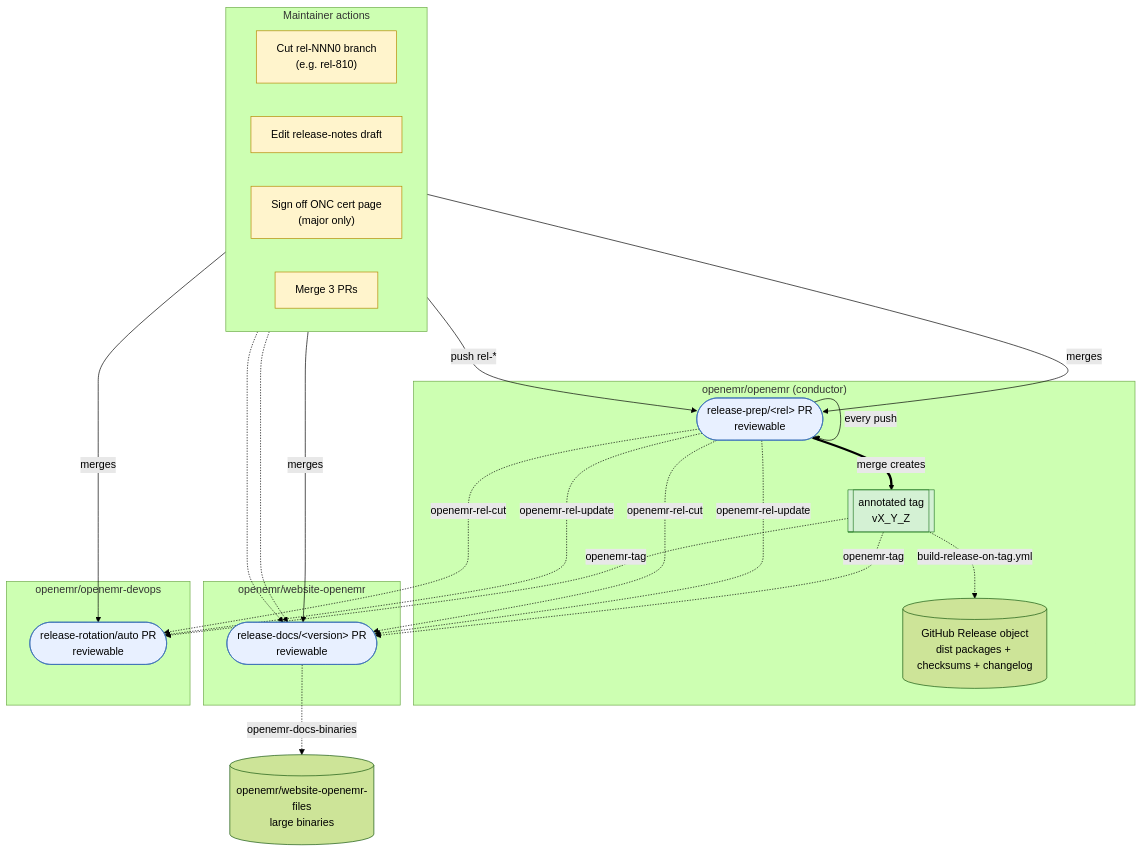
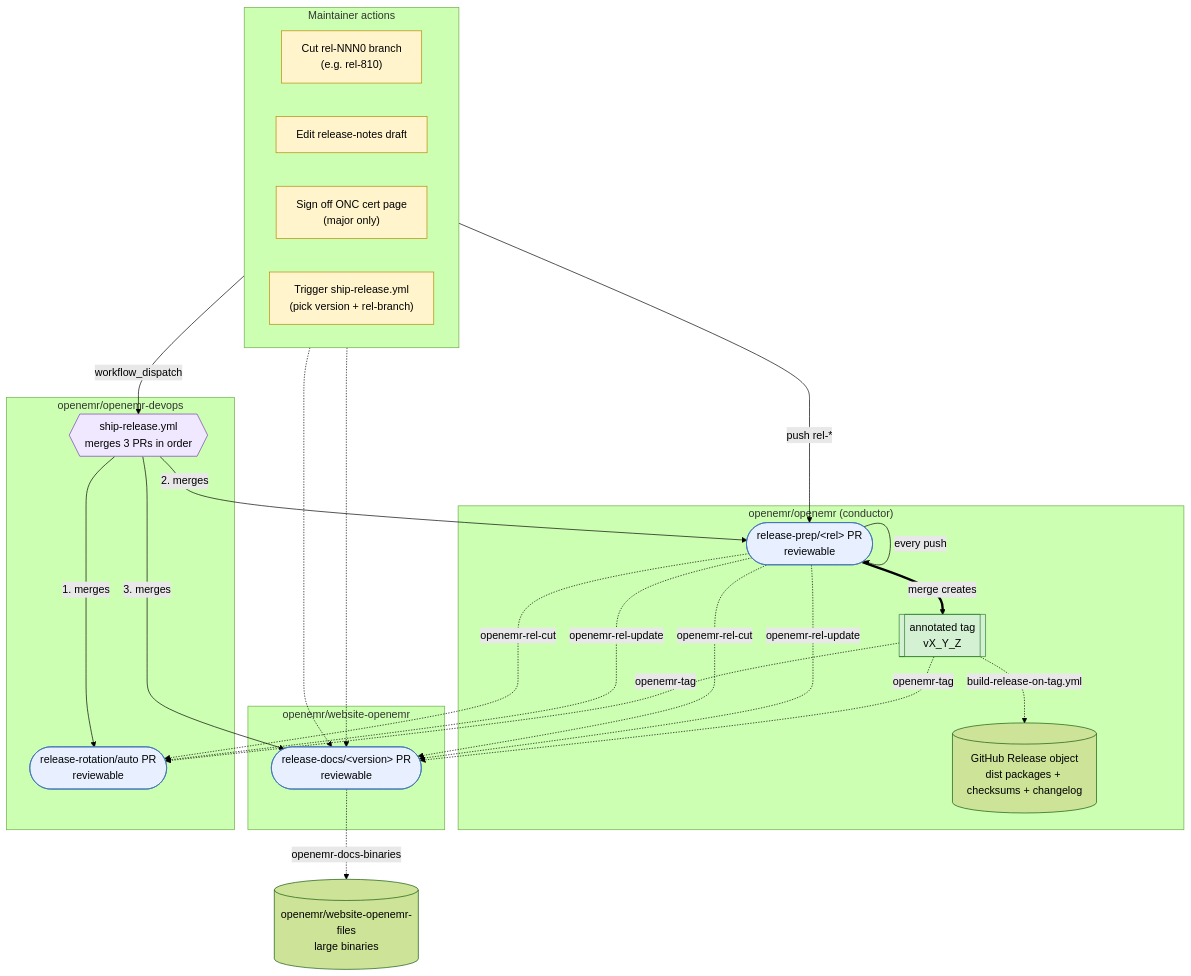
Before and after one commit to openemr/openemr: the diagram in docs/RELEASE_PROCESS.md, drawn with Mermaid (forest theme). The commit also changed other lines of this file, not shown here.

Commit message:
docs(release): drive PR merges from ship-release.yml in diagram
The diagram attributed the three-PR merge to a manual "Merge 3 PRs"
maintainer node, contradicting the body (steps 9, 172, 225): the merges
are performed by ship-release.yml in openemr-devops, which an operator
triggers via workflow_dispatch and which merges in order (infra →
conductor → docs) with mergeability gates. Replace the manual merge node
with an operator trigger feeding a ship-release.yml workflow node.

````diff
--- a/docs/RELEASE_PROCESS.md
+++ b/docs/RELEASE_PROCESS.md
@@ -20,52 +20,56 @@
 ```mermaid
 flowchart TB
     subgraph manual["Maintainer actions"]
         direction LR
         cut["Cut rel-NNN0 branch<br/>(e.g. rel-810)"]
         edit["Edit release-notes draft"]
         sign["Sign off ONC cert page<br/>(major only)"]
-        merge["Merge 3 PRs"]
+        trigger["Trigger ship-release.yml<br/>(pick version + rel-branch)"]
     end
 
     subgraph oe["openemr/openemr (conductor)"]
         prepPR(["release-prep/&lt;rel&gt; PR<br/>reviewable"])
         tag[["annotated tag<br/>vX_Y_Z"]]
         rel[("GitHub Release object<br/>dist packages + checksums + changelog")]
     end
 
     subgraph wo["openemr/website-openemr"]
         docsPR(["release-docs/&lt;version&gt; PR<br/>reviewable"])
     end
 
     wof[("openemr/website-openemr-files<br/>large binaries")]
 
     subgraph od["openemr/openemr-devops"]
+        ship{{"ship-release.yml<br/>merges 3 PRs in order"}}
         infraPR(["release-rotation/auto PR<br/>reviewable"])
     end
 
     cut -->|push rel-*| prepPR
     prepPR -->|every push| prepPR
     edit -.-> docsPR
     sign -.-> docsPR
-    merge -->|merges| prepPR
-    merge -->|merges| docsPR
-    merge -->|merges| infraPR
+    trigger -->|workflow_dispatch| ship
+    ship -->|1. merges| infraPR
+    ship -->|2. merges| prepPR
+    ship -->|3. merges| docsPR
 
     prepPR ==>|merge creates| tag
     tag -. "build-release-on-tag.yml" .-> rel
 
     prepPR -. openemr-rel-cut .-> docsPR
     prepPR -. openemr-rel-update .-> docsPR
     prepPR -. openemr-rel-cut .-> infraPR
     prepPR -. openemr-rel-update .-> infraPR
     tag -. openemr-tag .-> docsPR
     tag -. openemr-tag .-> infraPR
     docsPR -. openemr-docs-binaries .-> wof
 
     classDef manualStep fill:#fff4cc,stroke:#b58900
     classDef autoArtifact fill:#e8f0ff,stroke:#3b6fb8
     classDef autoTag fill:#d4f1d4,stroke:#2a7f2a
-    class cut,edit,sign,merge manualStep
+    classDef autoWorkflow fill:#f0e8ff,stroke:#7a3bb8
+    class cut,edit,sign,trigger manualStep
     class prepPR,docsPR,infraPR autoArtifact
     class tag autoTag
+    class ship autoWorkflow
 ```
````
